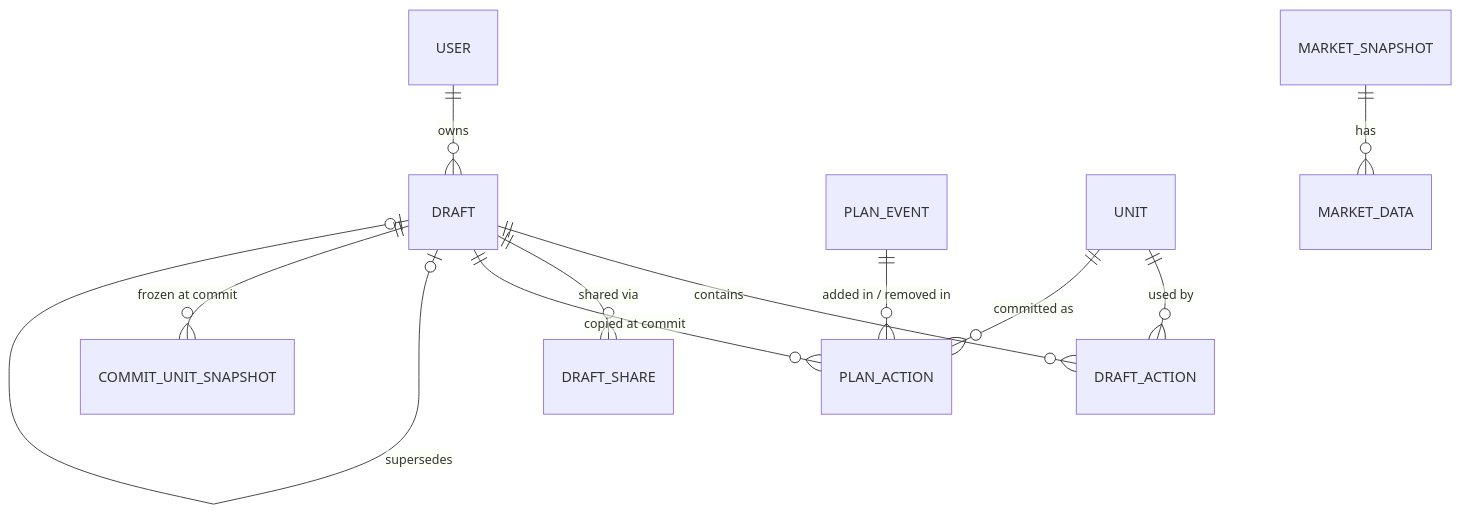
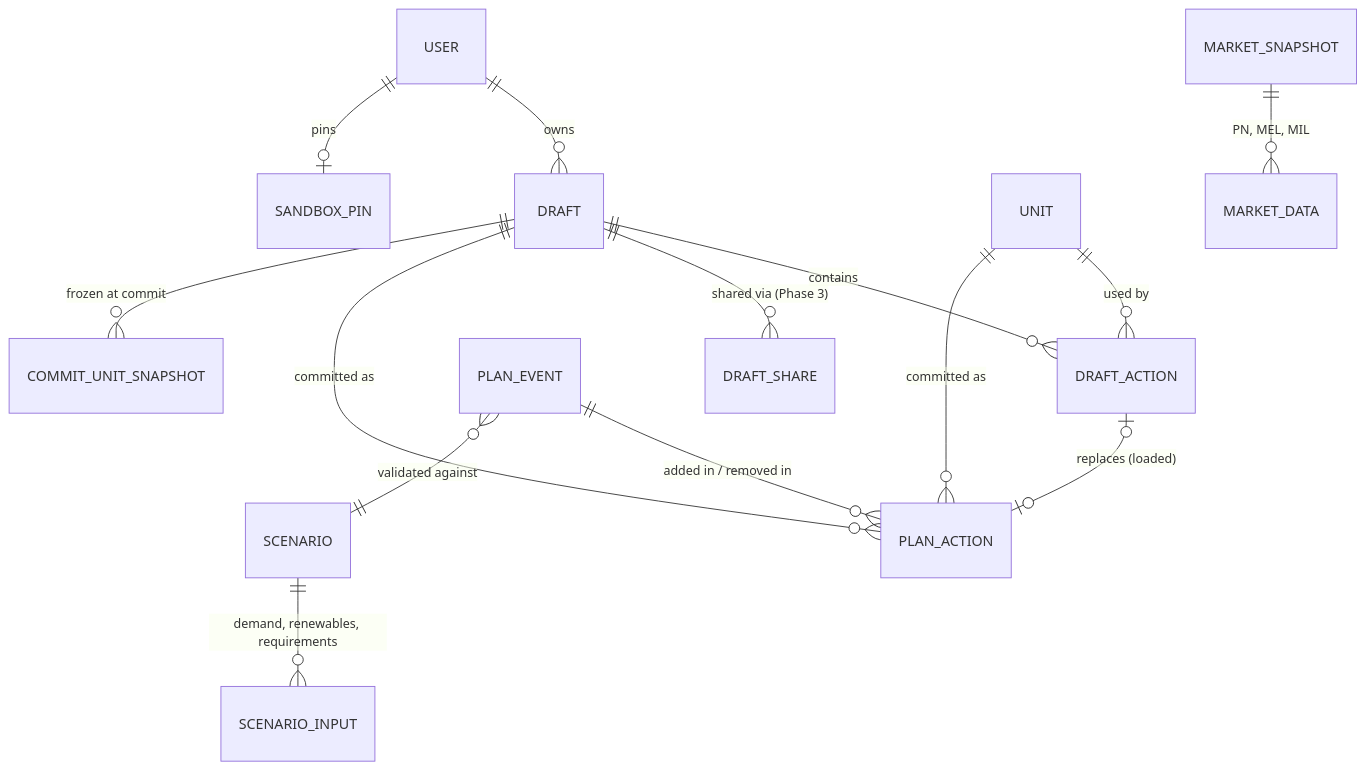
The second of 5 diagrams in Docs/drafts-architecture.md (WeirdSailor/modeling-framework), drawn with Mermaid before and after one commit. The commit also changed other lines of this file and 1 other file, not shown here.

First line of the commit message:
docs: apply sandbox and scenarios briefs to drafts architecture

````diff
--- a/Docs/drafts-architecture.md
+++ b/Docs/drafts-architecture.md
@@ -377,13 +398,16 @@
 ```mermaid
 erDiagram
   USER ||--o{ DRAFT : owns
   DRAFT ||--o{ DRAFT_ACTION : contains
-  DRAFT ||--o{ DRAFT_SHARE : "shared via"
-  DRAFT ||--o{ PLAN_ACTION : "copied at commit"
-  DRAFT |o--o| DRAFT : "supersedes"
+  DRAFT_ACTION |o--o| PLAN_ACTION : "replaces (loaded)"
+  DRAFT ||--o{ DRAFT_SHARE : "shared via (Phase 3)"
+  DRAFT ||--o{ PLAN_ACTION : "committed as"
   PLAN_EVENT ||--o{ PLAN_ACTION : "added in / removed in"
+  PLAN_EVENT }o--|| SCENARIO : "validated against"
   DRAFT ||--o{ COMMIT_UNIT_SNAPSHOT : "frozen at commit"
+  USER ||--o| SANDBOX_PIN : pins
   UNIT ||--o{ DRAFT_ACTION : "used by"
   UNIT ||--o{ PLAN_ACTION : "committed as"
-  MARKET_SNAPSHOT ||--o{ MARKET_DATA : has
+  SCENARIO ||--o{ SCENARIO_INPUT : "demand, renewables, requirements"
+  MARKET_SNAPSHOT ||--o{ MARKET_DATA : "PN, MEL, MIL"
 ```
````
